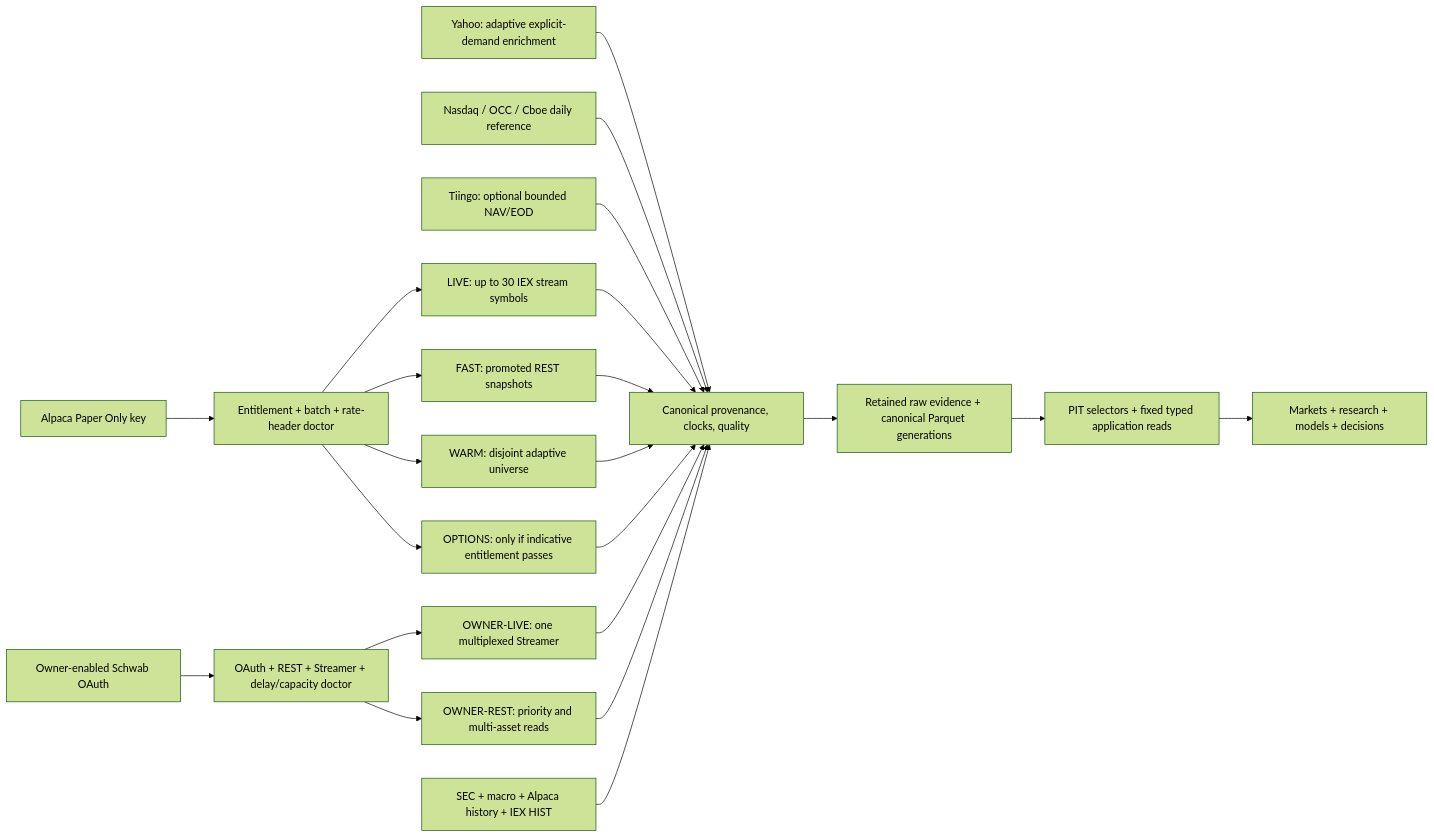
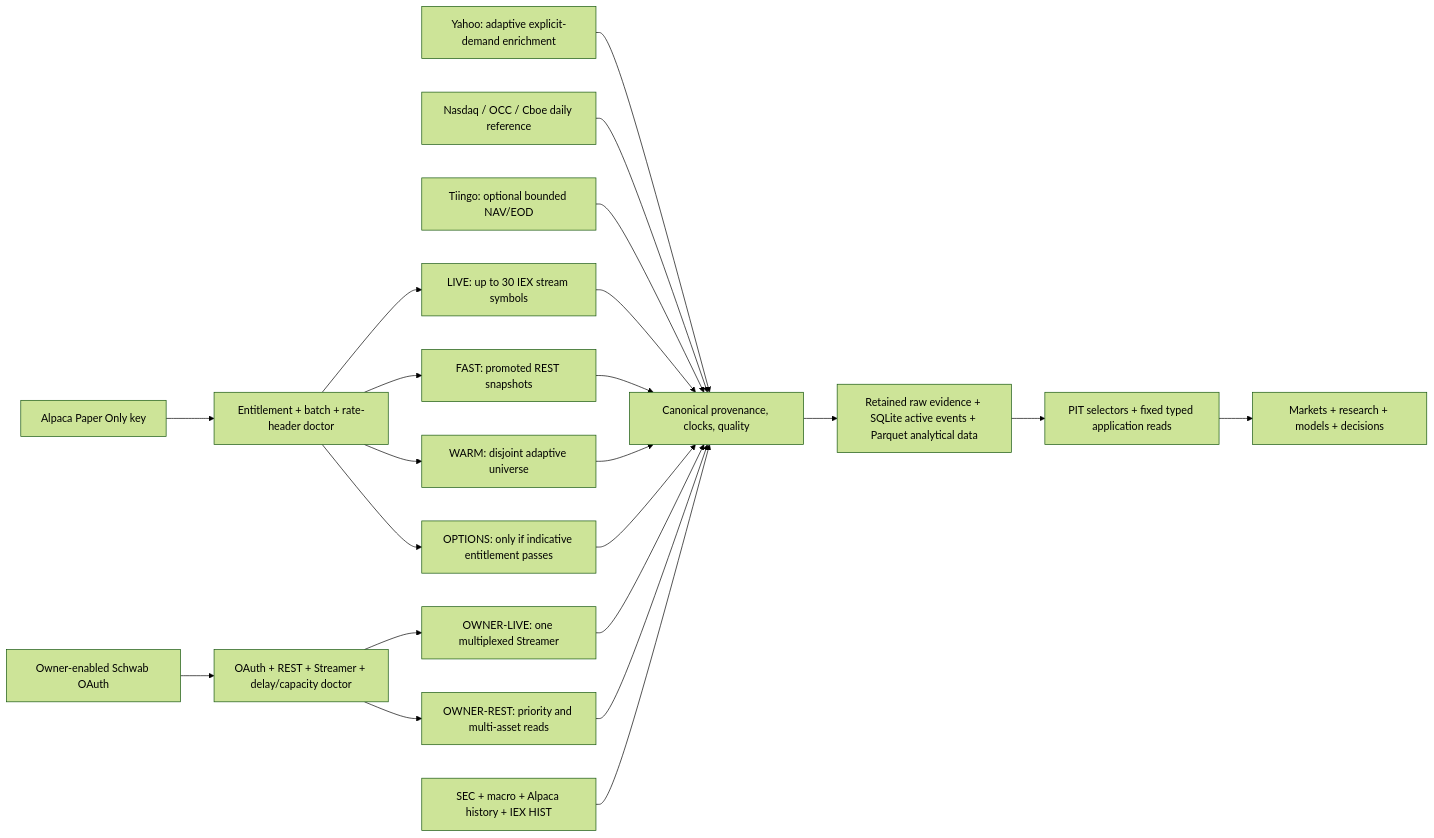
The first of 4 diagrams in docs/architecture/market-data-provider-architecture.md (Sawmonabo/market-squawk), drawn with Mermaid (forest theme) before and after one commit. The commit also changed other lines of this file and 86 other files, not shown here.

Commit message:
feat(data): store active market events in SQLite with exact evidence [skip ci]

````diff
--- a/docs/architecture/market-data-provider-architecture.md
+++ b/docs/architecture/market-data-provider-architecture.md
@@ -225,24 +225,24 @@
 ```mermaid
 flowchart LR
     Paper["Alpaca Paper Only key"] --> Doctor["Entitlement + batch + rate-header doctor"]
     Doctor --> Live["LIVE: up to 30 IEX stream symbols"]
     Doctor --> Fast["FAST: promoted REST snapshots"]
     Doctor --> Warm["WARM: disjoint adaptive universe"]
     Doctor --> Options["OPTIONS: only if indicative entitlement passes"]
     Schwab["Owner-enabled Schwab OAuth"] --> SchwabDoctor["OAuth + REST + Streamer + delay/capacity doctor"]
     SchwabDoctor --> OwnerLive["OWNER-LIVE: one multiplexed Streamer"]
     SchwabDoctor --> OwnerRest["OWNER-REST: priority and multi-asset reads"]
     Yahoo["Yahoo: adaptive explicit-demand enrichment"] --> Canonical["Canonical provenance, clocks, quality"]
     Reference["Nasdaq / OCC / Cboe daily reference"] --> Canonical
     Tiingo["Tiingo: optional bounded NAV/EOD"] --> Canonical
     Live --> Canonical
     Fast --> Canonical
     Warm --> Canonical
     Options --> Canonical
     OwnerLive --> Canonical
     OwnerRest --> Canonical
     Cold["SEC + macro + Alpaca history + IEX HIST"] --> Canonical
-    Canonical --> Store["Retained raw evidence + canonical Parquet generations"]
+    Canonical --> Store["Retained raw evidence + SQLite active events + Parquet analytical data"]
     Store --> Read["PIT selectors + fixed typed application reads"]
     Read --> Product["Markets + research + models + decisions"]
 ```
````
